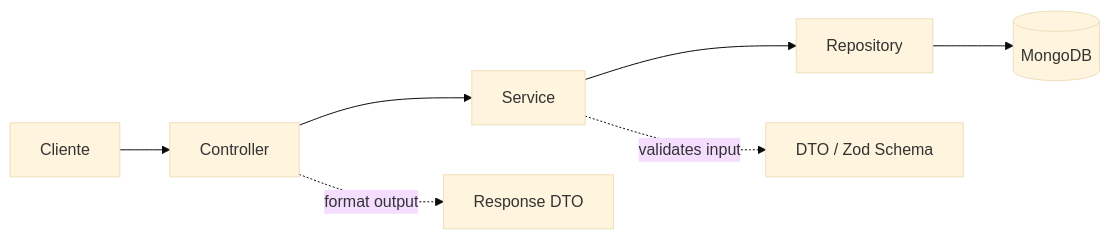
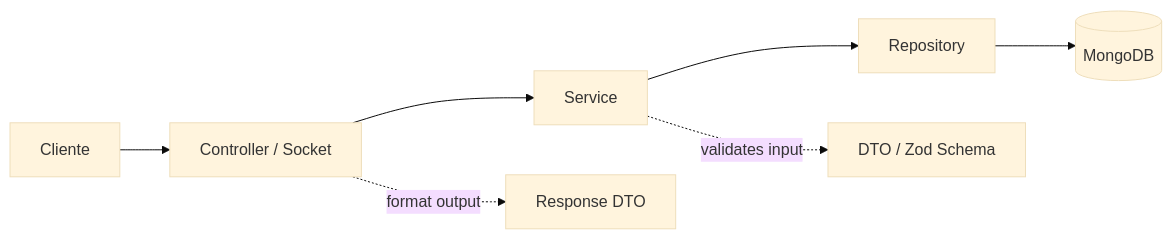
One commit to KauaHenriqueGoncalves/Uno-Shrek-Online changed the first of 2 diagrams in documents/1 - overview.md. Above: the diagram before and after it, drawn with Mermaid (base theme).

Commit message:
Edit 1 - overview.md

````diff
--- a/documents/1 - overview.md
+++ b/documents/1 - overview.md
@@ -30,9 +30,9 @@
 ```mermaid
 flowchart LR
-    A[Cliente] --> B[Controller]
+    A[Cliente] --> B[Controller / Socket]
     B --> C[Service]
     C --> D[Repository]
     D --> E[(MongoDB)]
     C -.validates input.-> F[DTO / Zod Schema]
     B -.format output.-> G[Response DTO]
 ```
````
